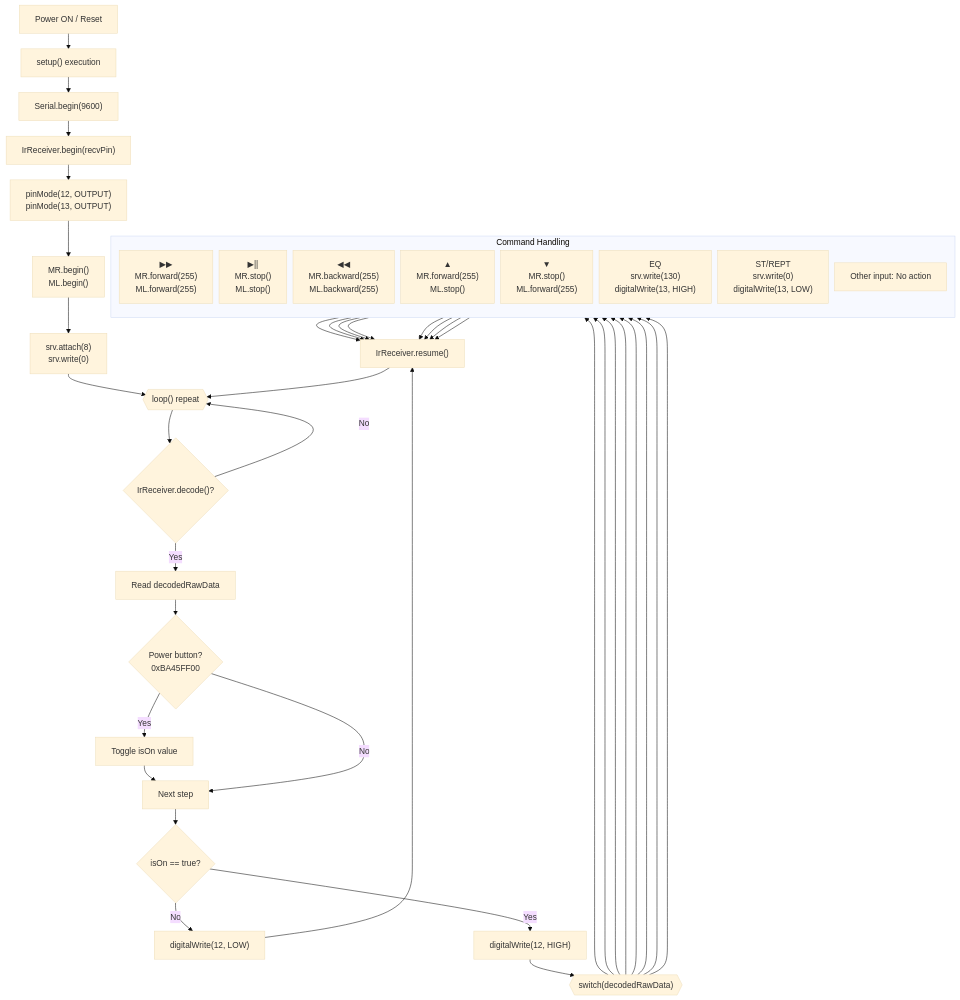
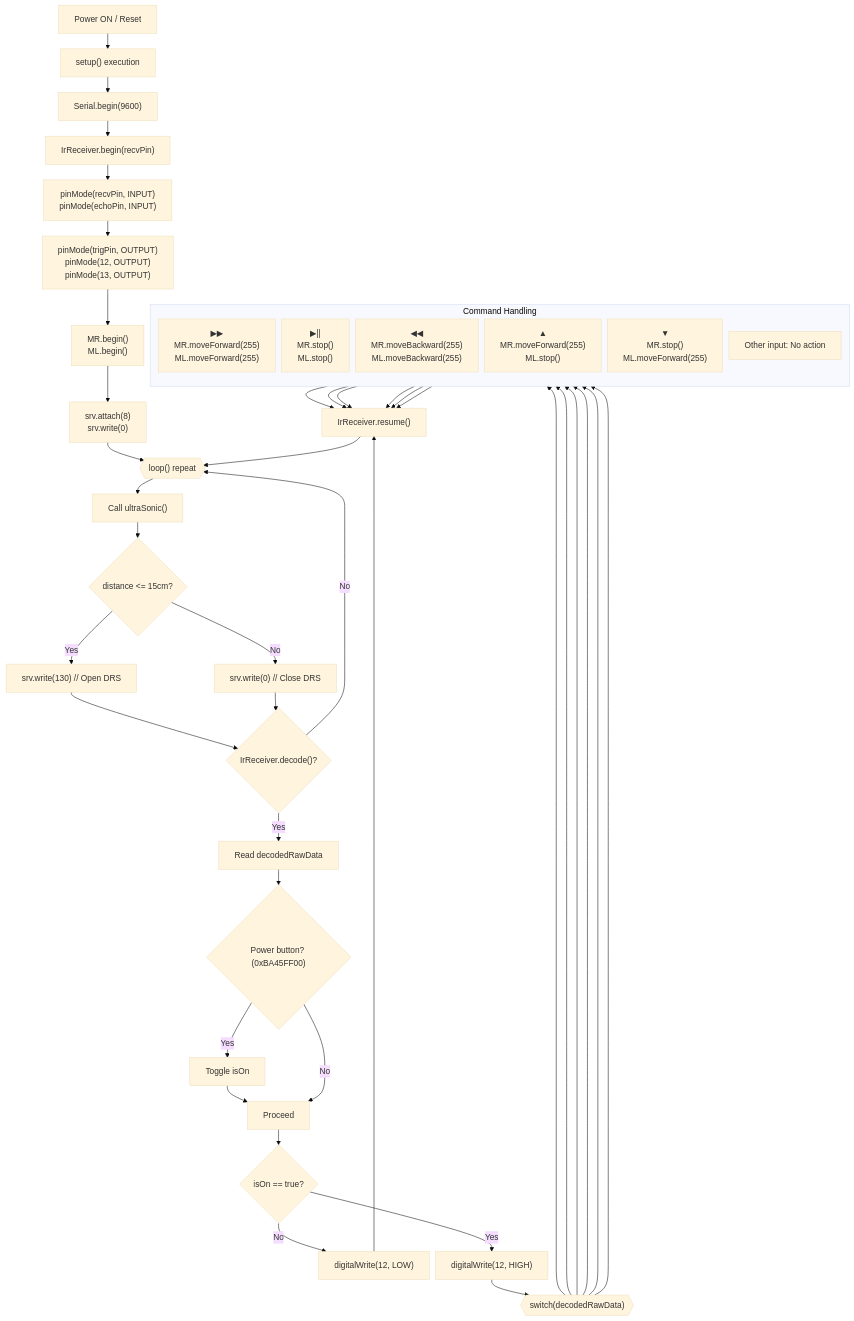
One commit to meozigoon/2025_SWAI_Global_Research changed the diagram in flowchart.mmd. Above: the diagram before and after it, drawn with Mermaid (base theme).

Commit message:
flowchart edited

```diff
--- a/flowchart.mmd
+++ b/flowchart.mmd
@@ -1,67 +1,73 @@
 %%{init: { "flowchart": { "rankDir": "TB", "nodeSpacing": 12, "rankSpacing": 30 } }}%%
 flowchart TB
-%% ---------- Basic Nodes ----------
-Start["Power ON / Reset"]
-Setup["setup() execution"]
-A1["Serial.begin(9600)"]
-A2["IrReceiver.begin(recvPin)"]
-A3["pinMode(12, OUTPUT)<br/>pinMode(13, OUTPUT)"]
-A4["MR.begin()<br/>ML.begin()"]
-A5["srv.attach(8)<br/>srv.write(0)"]
-Loop{{"loop() repeat"}}
-CheckIR{"IrReceiver.decode()?"}
-ReadIR["Read decodedRawData"]
-TogglePower{"Power button?<br/>0xBA45FF00"}
-TP["Toggle isOn value"]
-AfterPower["Next step"]
-IsOn{"isOn == true?"}
-LEDoff["digitalWrite(12, LOW)"]
-LEDon["digitalWrite(12, HIGH)"]
-Switch{{"switch(decodedRawData)"}}
-Resume["IrReceiver.resume()"]
-
+    %% ---------- Basic Nodes ----------
+    Start["Power ON / Reset"]
+    Setup["setup() execution"]
+    A1["Serial.begin(9600)"]
+    A2["IrReceiver.begin(recvPin)"]
+    A3["pinMode(recvPin, INPUT)<br/>pinMode(echoPin, INPUT)"]
+    A4["pinMode(trigPin, OUTPUT)<br/>pinMode(12, OUTPUT)<br/>pinMode(13, OUTPUT)"]
+    A5["MR.begin()<br/>ML.begin()"]
+    A6["srv.attach(8)<br/>srv.write(0)"]
+    Loop{{"loop() repeat"}}
+    
+    %% ---------- Ultrasonic Handling ----------
+    USCall["Call ultraSonic()"]
+    DistCheck{"distance <= 15cm?"}
+    ServoOpen["srv.write(130)  // Open DRS"]
+    ServoClose["srv.write(0)    // Close DRS"]
+    
+    %% ---------- IR Handling ----------
+    CheckIR{"IrReceiver.decode()?"}
+    ReadIR["Read decodedRawData"]
+    TogglePower{"Power button? (0xBA45FF00)"}
+    TP["Toggle isOn"]
+    AfterPower["Proceed"]
+    IsOn{"isOn == true?"}
+    LEDoff["digitalWrite(12, LOW)"]
+    LEDon["digitalWrite(12, HIGH)"]
+    Switch{{"switch(decodedRawData)"}}
+    Resume["IrReceiver.resume()"]
+    
     %% ---------- Command Handling ----------
     subgraph Commands["Command Handling"]
         direction TB
-        Case1["▶▶<br/>MR.forward(255)<br/>ML.forward(255)"]
+        Case1["▶▶<br/>MR.moveForward(255)<br/>ML.moveForward(255)"]
         Case2["▶||<br/>MR.stop()<br/>ML.stop()"]
-        Case3["◀◀<br/>MR.backward(255)<br/>ML.backward(255)"]
-        Case4["▲<br/>MR.forward(255)<br/>ML.stop()"]
-        Case5["▼<br/>MR.stop()<br/>ML.forward(255)"]
-        Case6["EQ<br/>srv.write(130)<br/>digitalWrite(13, HIGH)"]
-        Case7["ST/REPT<br/>srv.write(0)<br/>digitalWrite(13, LOW)"]
+        Case3["◀◀<br/>MR.moveBackward(255)<br/>ML.moveBackward(255)"]
+        Case4["▲<br/>MR.moveForward(255)<br/>ML.stop()"]
+        Case5["▼<br/>MR.stop()<br/>ML.moveForward(255)"]
         Default["Other input: No action"]
     end
-
+    
     %% ---------- Main Flow ----------
-    Start --> Setup --> A1 --> A2 --> A3 --> A4 --> A5 --> Loop
-    Loop --> CheckIR
+    Start --> Setup --> A1 --> A2 --> A3 --> A4 --> A5 --> A6 --> Loop
+    Loop --> USCall
+    USCall --> DistCheck
+    DistCheck -- Yes --> ServoOpen --> CheckIR
+    DistCheck -- No  --> ServoClose --> CheckIR
+    
     CheckIR -- No --> Loop
     CheckIR -- Yes --> ReadIR --> TogglePower
     TogglePower -- Yes --> TP --> AfterPower
-    TogglePower -- No --> AfterPower
+    TogglePower -- No  --> AfterPower
     AfterPower --> IsOn
-    IsOn -- No --> LEDoff --> Resume
+    IsOn -- No  --> LEDoff --> Resume
     IsOn -- Yes --> LEDon --> Switch
-
+    
     %% Switch Branches
     Switch --> Case1
     Switch --> Case2
     Switch --> Case3
     Switch --> Case4
     Switch --> Case5
-    Switch --> Case6
-    Switch --> Case7
     Switch --> Default
-
+    
     %% Case End → Resume → Loop
     Case1 --> Resume
     Case2 --> Resume
     Case3 --> Resume
     Case4 --> Resume
     Case5 --> Resume
-    Case6 --> Resume
-    Case7 --> Resume
     Default --> Resume
-
     Resume --> Loop
```
